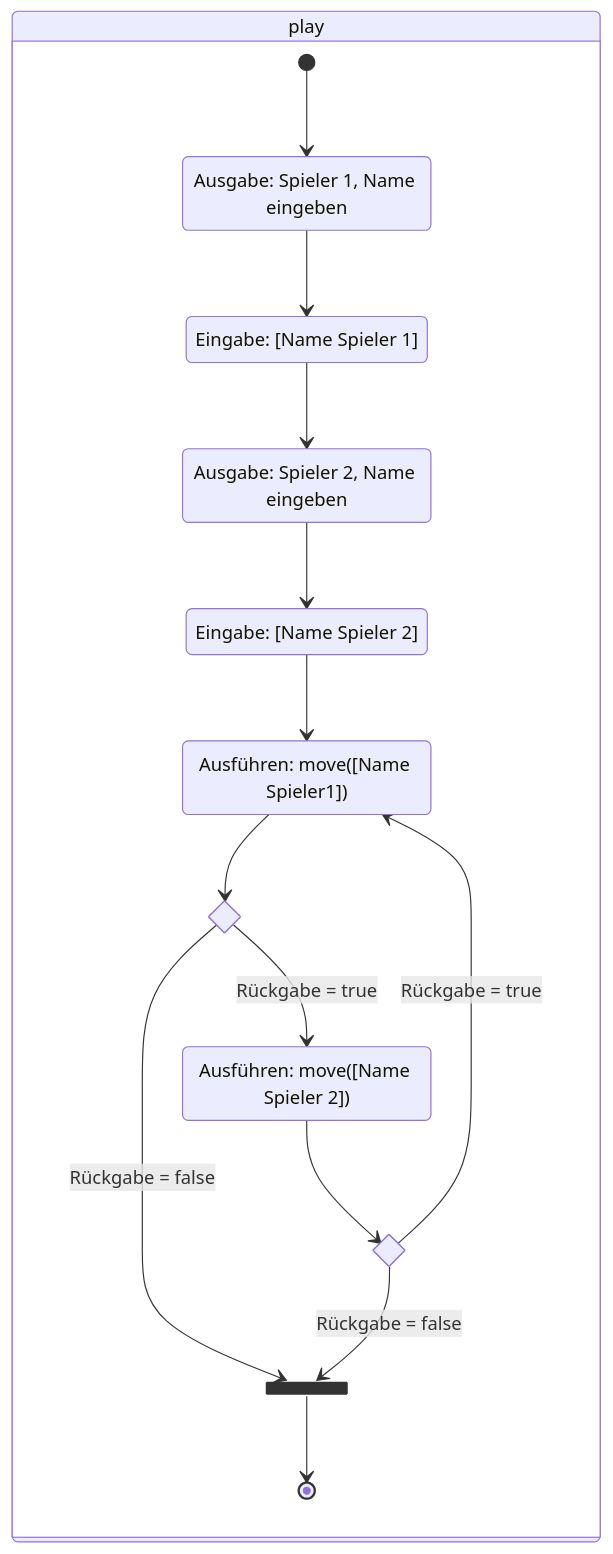
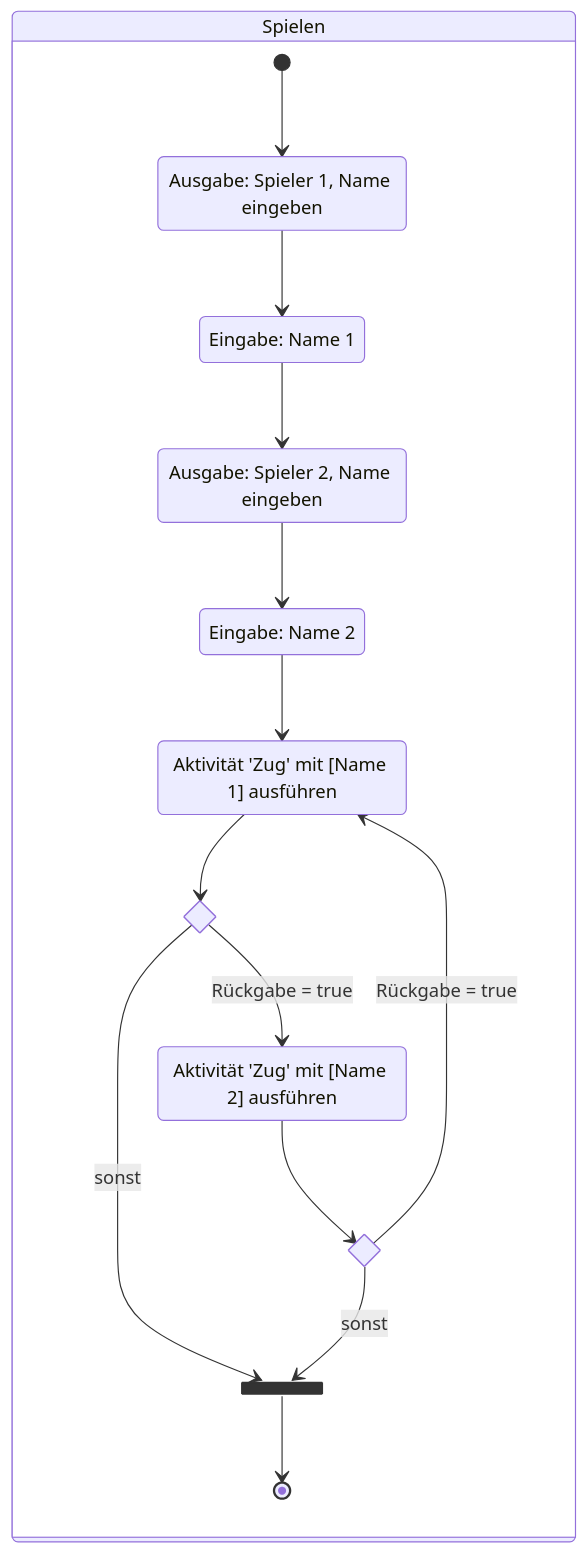
Before and after one commit to jappuccini/java-docs: the third of 4 diagrams in docs/exercises/activity-diagrams/activity-diagrams01.mdx, drawn with Mermaid. The commit also changed other lines of this file and 5 other files, not shown here.

Commit message:
Update Activity Diagrams and Add New Exam Exercises

````diff
--- a/docs/exercises/activity-diagrams/activity-diagrams01.mdx
+++ b/docs/exercises/activity-diagrams/activity-diagrams01.mdx
@@ -42,27 +42,28 @@
 ```mermaid
 stateDiagram-v2
     state "Ausgabe: Spieler 1, Name eingeben" as state1
-    state "Eingabe: [Name Spieler 1]" as state2
+    state "Eingabe: Name 1" as state2
     state "Ausgabe: Spieler 2, Name eingeben" as state3
-    state "Eingabe: [Name Spieler 2]" as state4
-    state "Ausführen: move([Name Spieler1])" as state5
-    state "Ausführen: move([Name Spieler 2])" as state6
-    state if <<choice>>
+    state "Eingabe: Name 2" as state4
+    state "Aktivität 'Zug' mit [Name 1] ausführen" as state5
+    state "Aktivität 'Zug' mit [Name 2] ausführen" as state6
+
+    state if1 <<choice>>
     state if2 <<choice>>
-    state fork <<fork>>
+    state fork1 <<fork>>
 
-    state play {
+    state "Spielen" as play {
         [*] --> state1
         state1 --> state2
         state2 --> state3
         state3 --> state4
         state4 --> state5
-        state5 --> if
-        if --> fork : Rückgabe = false
-        if --> state6 : Rückgabe = true
+        state5 --> if1
+        if1 --> fork1: sonst
+        if1 --> state6: Rückgabe = true
         state6 --> if2
-        if2 --> state5 : Rückgabe = true
-        if2 --> fork : Rückgabe = false
-        fork --> [*]
+        if2 --> state5: Rückgabe = true
+        if2 --> fork1: sonst
+        fork1 --> [*]
     }
 ```
````
